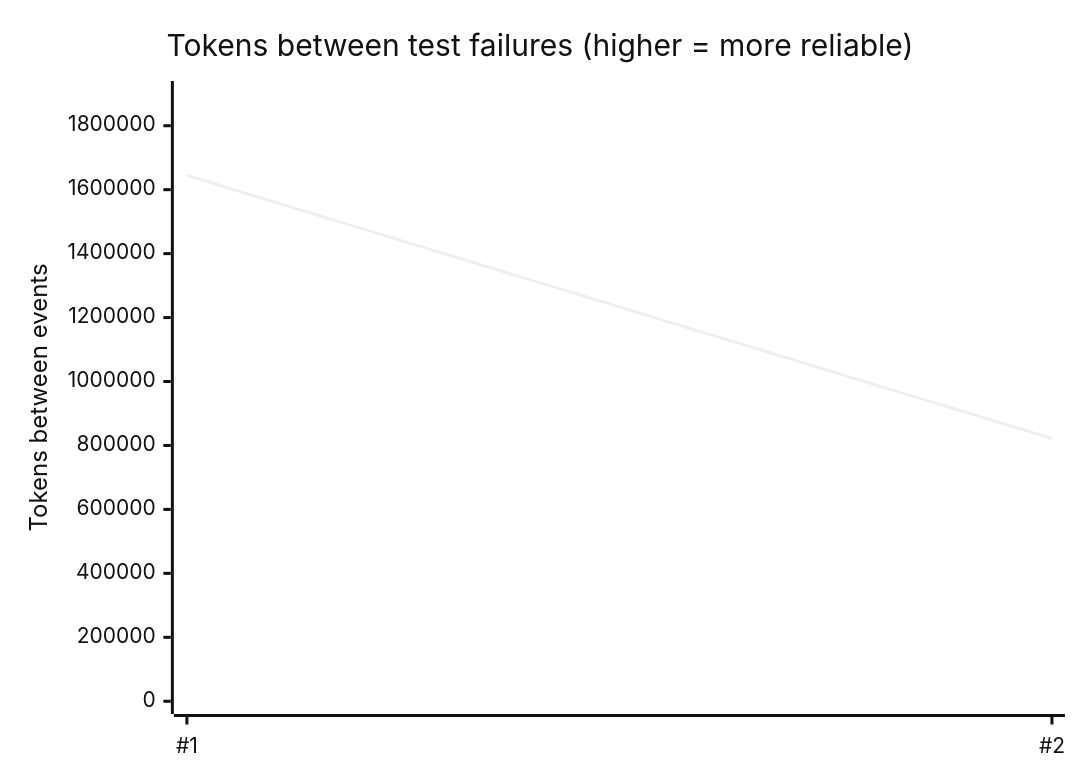
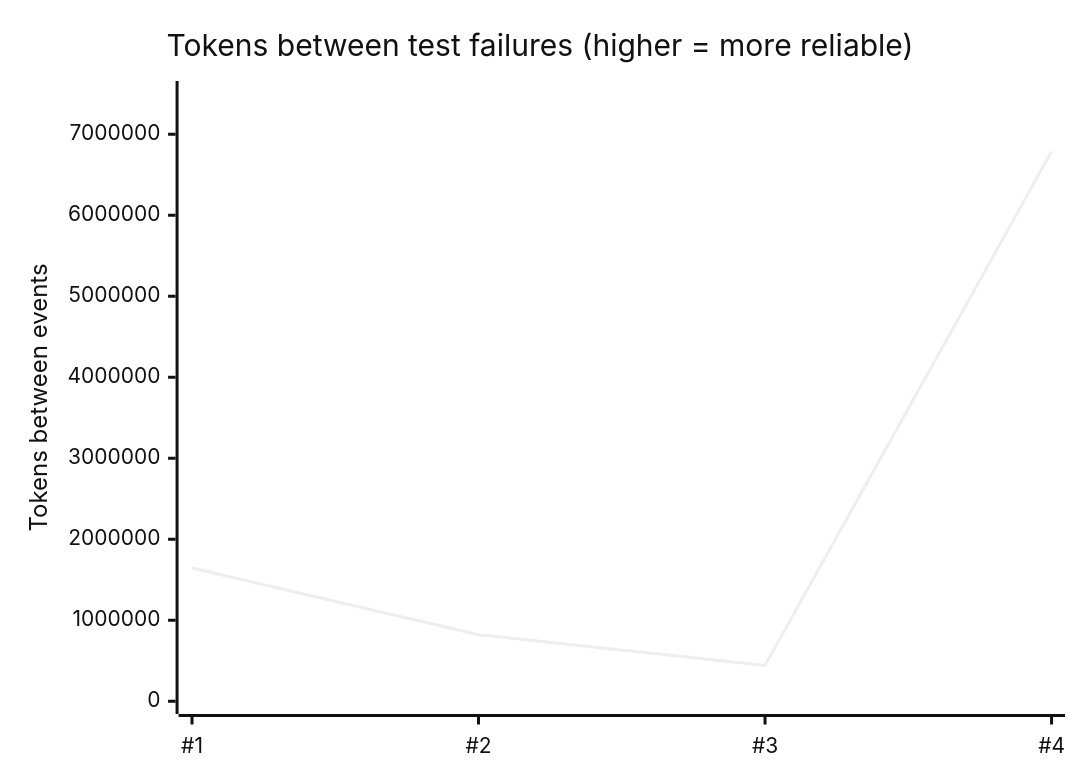
One commit to microsoft/TypeAgent changed the first of 2 diagrams in ts/packages/defaultAgentProvider/test/reliability/README.md. Above: the diagram before and after it, drawn with Mermaid (neutral theme). The commit also changed other lines of this file and 1 other file, not shown here.

````diff
--- a/ts/packages/defaultAgentProvider/test/reliability/README.md
+++ b/ts/packages/defaultAgentProvider/test/reliability/README.md
@@ -31,7 +31,7 @@
 ```mermaid
 xychart-beta
     title "Tokens between test failures (higher = more reliable)"
-    x-axis ["#1", "#2"]
-    y-axis "Tokens between events" 0 --> 1900000
-    line [1644570, 821876]
+    x-axis ["#1", "#2", "#3", "#4"]
+    y-axis "Tokens between events" 0 --> 7500000
+    line [1644570, 821876, 441657, 6786251]
 ```
````
